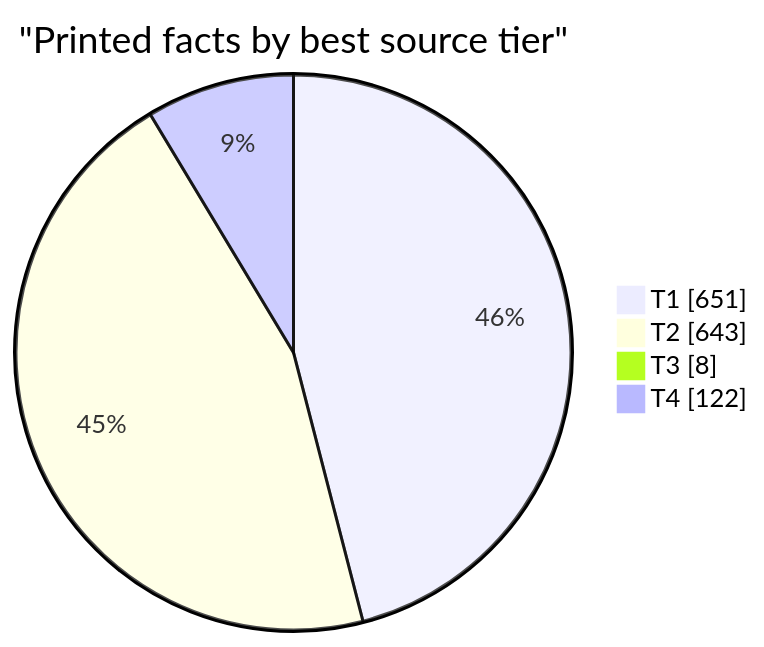
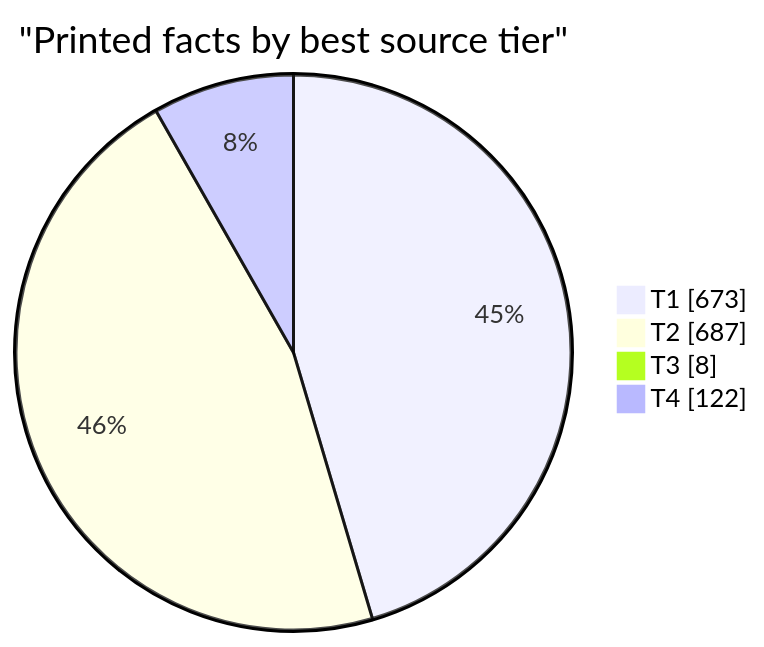
One commit to EU27-data-sovereignty/eu27-data-sovereignty changed the second of 5 diagrams in docs/evidence.md. Above: the diagram before and after it, drawn with Mermaid. The commit also changed other lines of this file and 92 other files, not shown here.

````diff
--- a/docs/evidence.md
+++ b/docs/evidence.md
@@ -36,8 +36,8 @@
 ```mermaid
 pie showData
   title "Printed facts by best source tier"
-  "T1" : 651
-  "T2" : 643
+  "T1" : 673
+  "T2" : 687
   "T3" : 8
   "T4" : 122
 ```
````
